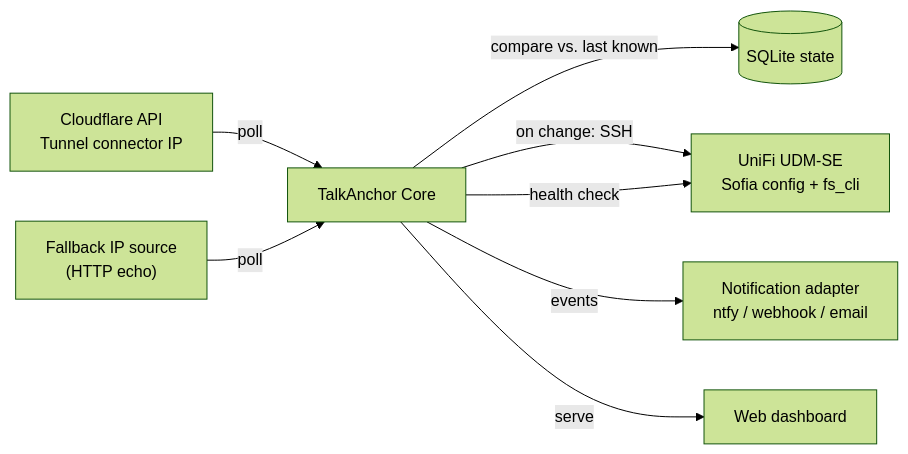
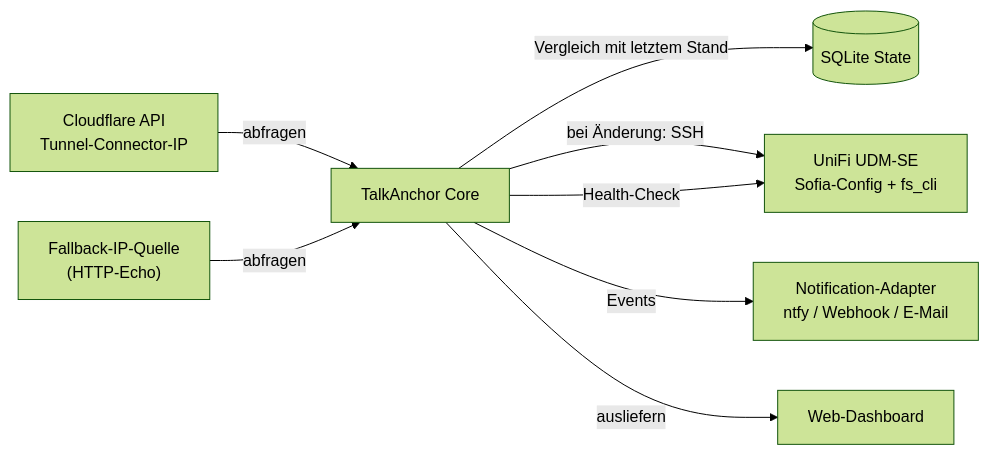
One commit to martin141089/UniFi-Talk changed the first of 2 diagrams in docs/architecture.md. Above: the diagram before and after it, drawn with Mermaid (forest theme). The commit also changed other lines of this file and 14 other files, not shown here.

````diff
--- a/docs/architecture.md
+++ b/docs/architecture.md
@@ -10,10 +11,10 @@
 ```mermaid
 flowchart LR
-    CF["Cloudflare API<br/>Tunnel connector IP"] -->|poll| TA[TalkAnchor Core]
-    HTTP["Fallback IP source<br/>(HTTP echo)"] -->|poll| TA
-    TA -->|"compare vs. last known"| DB[(SQLite state)]
-    TA -->|"on change: SSH"| UDM["UniFi UDM-SE<br/>Sofia config + fs_cli"]
-    TA -->|health check| UDM
-    TA -->|events| NOTIFY["Notification adapter<br/>ntfy / webhook / email"]
-    TA -->|serve| UI[Web dashboard]
+    CF["Cloudflare API<br/>Tunnel-Connector-IP"] -->|abfragen| TA[TalkAnchor Core]
+    HTTP["Fallback-IP-Quelle<br/>(HTTP-Echo)"] -->|abfragen| TA
+    TA -->|"Vergleich mit letztem Stand"| DB[(SQLite State)]
+    TA -->|"bei Änderung: SSH"| UDM["UniFi UDM-SE<br/>Sofia-Config + fs_cli"]
+    TA -->|Health-Check| UDM
+    TA -->|Events| NOTIFY["Notification-Adapter<br/>ntfy / Webhook / E-Mail"]
+    TA -->|ausliefern| UI[Web-Dashboard]
 ```
````
